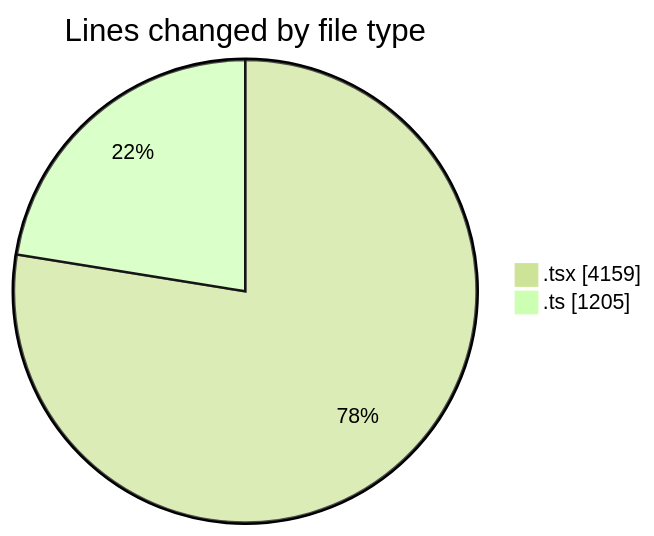
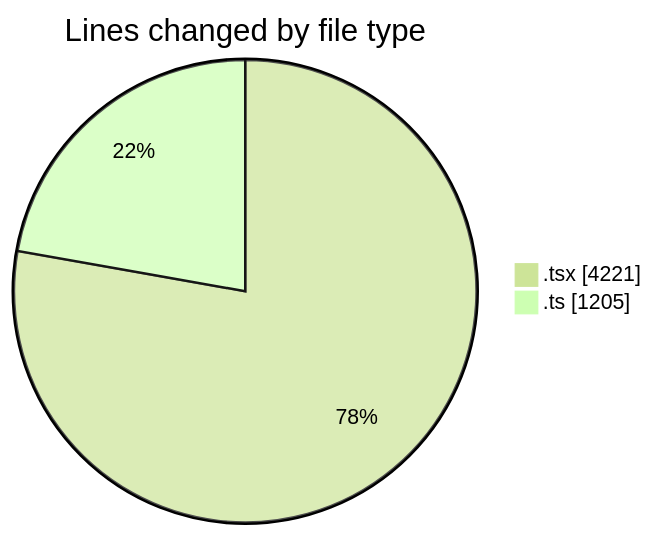
The first of 2 diagrams in 2026-02-18/nxtqube_webapp/README.md (nxtqubesakshisongat/code-tracking), drawn with Mermaid (forest theme) before and after one commit. The commit also changed other lines of this file and 1 other file, not shown here.

````diff
--- a/2026-02-18/nxtqube_webapp/README.md
+++ b/2026-02-18/nxtqube_webapp/README.md
@@ -29,6 +29,6 @@
 ```mermaid
 pie showData
 title Lines changed by file type
-".tsx" : 4159
+".tsx" : 4221
 ".ts" : 1205
 ```
````
